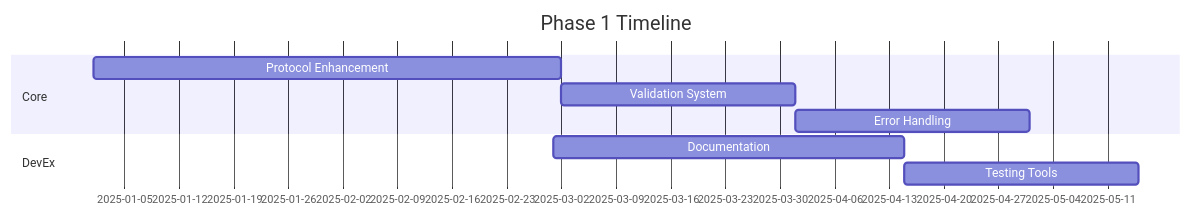
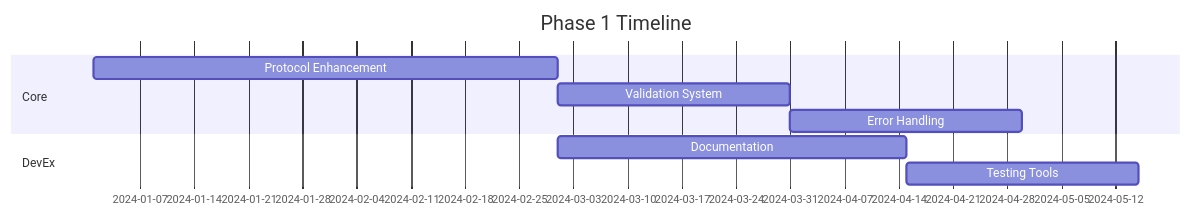
The first of 5 diagrams in docs/design/roadmap.md (Helios-Starling/protocol), drawn with Mermaid before and after one commit. The commit also changed other lines of this file, not shown here.

````diff
--- a/docs/design/roadmap.md
+++ b/docs/design/roadmap.md
@@ -39,12 +39,12 @@
 ```mermaid
 gantt
     title Phase 1 Timeline
     dateFormat  YYYY-MM-DD
     section Core
-    Protocol Enhancement   :2025-01-01, 60d
+    Protocol Enhancement   :2024-01-01, 60d
     Validation System     :30d
     Error Handling       :30d
     section DevEx
-    Documentation       :2025-03-01, 45d
+    Documentation       :2024-03-01, 45d
     Testing Tools      :30d
 ```
````
